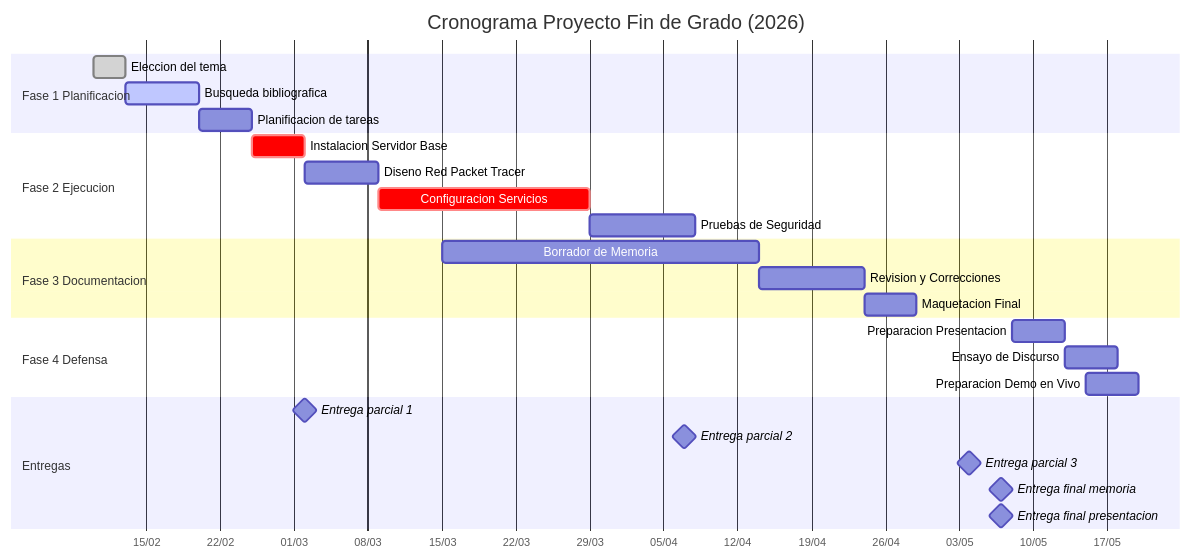
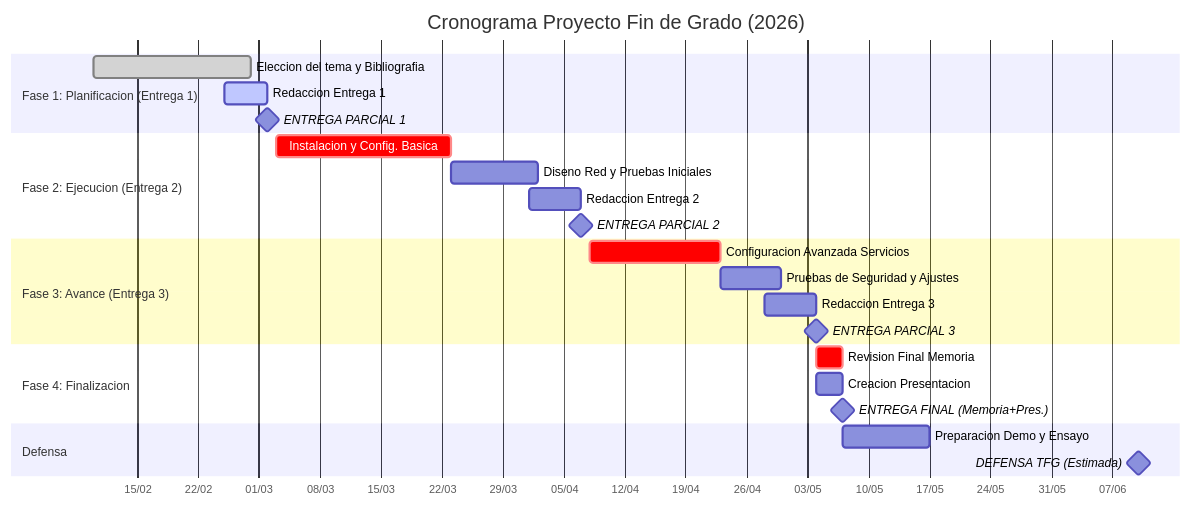
The diagram in README.md (Azulma/ASIR), drawn with Mermaid before and after one commit.

Commit message:
Revise project timeline and deliverables sections

````diff
--- a/README.md
+++ b/README.md
@@ -3,34 +3,32 @@
 ```mermaid
 gantt
     title Cronograma Proyecto Fin de Grado (2026)
     dateFormat  YYYY-MM-DD
     axisFormat  %d/%m
 
-    section Fase 1 Planificacion
-    Eleccion del tema           :done,    F1a, 2026-02-10, 3d
-    Busqueda bibliografica      :active,  F1b, after F1a, 7d
-    Planificacion de tareas     :         F1c, after F1b, 5d
+    section Fase 1: Planificacion (Entrega 1)
+    Eleccion del tema y Bibliografia :done,    T1, 2026-02-10, 2026-02-28
+    Redaccion Entrega 1              :active,  T2, 2026-02-25, 5d
+    ENTREGA PARCIAL 1                :milestone, M1, 2026-03-02, 0d
 
-    section Fase 2 Ejecucion
-    Instalacion Servidor Base   :crit,    F2a, 2026-02-25, 5d
-    Diseno Red Packet Tracer    :         F2b, after F2a, 7d
-    Configuracion Servicios     :crit,    F2c, after F2b, 20d
-    Pruebas de Seguridad        :         F2d, after F2c, 10d
+    section Fase 2: Ejecucion (Entrega 2)
+    Instalacion y Config. Basica     :crit,    T3, 2026-03-03, 20d
+    Diseno Red y Pruebas Iniciales   :         T4, after T3, 10d
+    Redaccion Entrega 2              :         T5, 2026-04-01, 6d
+    ENTREGA PARCIAL 2                :milestone, M2, 2026-04-07, 0d
 
-    section Fase 3 Documentacion
-    Borrador de Memoria         :         F3a, 2026-03-15, 30d
-    Revision y Correcciones     :         F3b, after F3a, 10d
-    Maquetacion Final           :         F3c, after F3b, 5d
+    section Fase 3: Avance (Entrega 3)
+    Configuracion Avanzada Servicios :crit,    T6, 2026-04-08, 15d
+    Pruebas de Seguridad y Ajustes   :         T7, after T6, 7d
+    Redaccion Entrega 3              :         T8, 2026-04-28, 6d
+    ENTREGA PARCIAL 3                :milestone, M3, 2026-05-04, 0d
 
-    section Fase 4 Defensa
-    Preparacion Presentacion    :         F4a, 2026-05-08, 5d
-    Ensayo de Discurso          :         F4b, after F4a, 5d
-    Preparacion Demo en Vivo    :         F4c, 2026-05-15, 5d
+    section Fase 4: Finalizacion
+    Revision Final Memoria           :crit,    T9, 2026-05-04, 3d
+    Creacion Presentacion            :         T10, 2026-05-04, 3d
+    ENTREGA FINAL (Memoria+Pres.)    :milestone, M4, 2026-05-07, 0d
 
-    section Entregas
-    Entrega parcial 1           :milestone, 2026-03-02, 0d
-    Entrega parcial 2           :milestone, 2026-04-07, 0d
-    Entrega parcial 3           :milestone, 2026-05-04, 0d
-    Entrega final memoria       :milestone, 2026-05-07, 0d
-    Entrega final presentacion  :milestone, 2026-05-07, 0d
+    section Defensa
+    Preparacion Demo y Ensayo        :         T11, after M4, 10d
+    DEFENSA TFG (Estimada)           :milestone, M5, 2026-06-10, 0d
 ```
````
